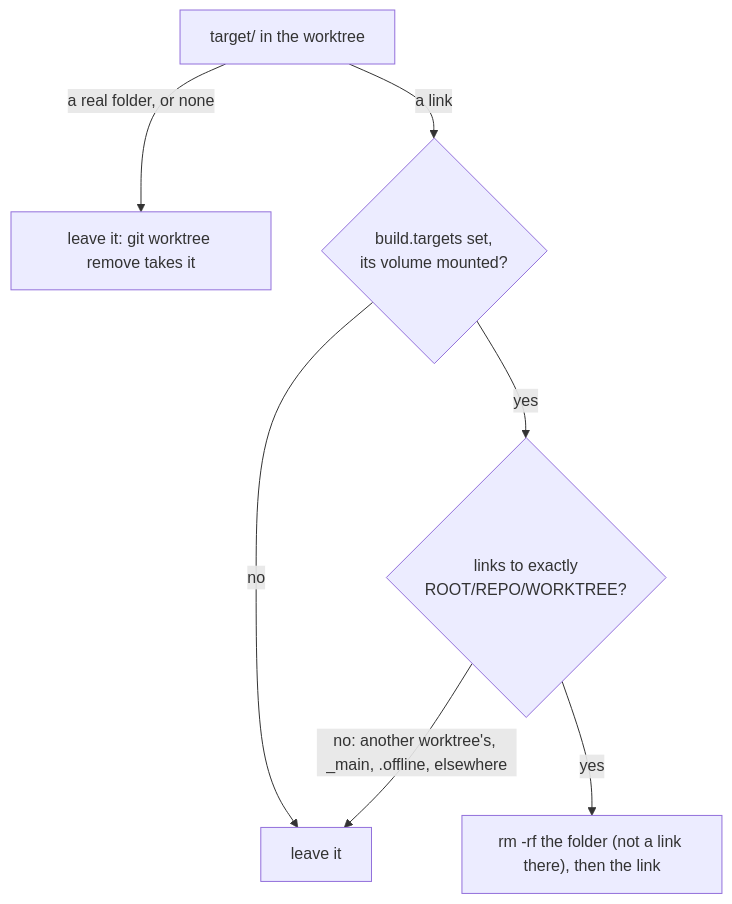
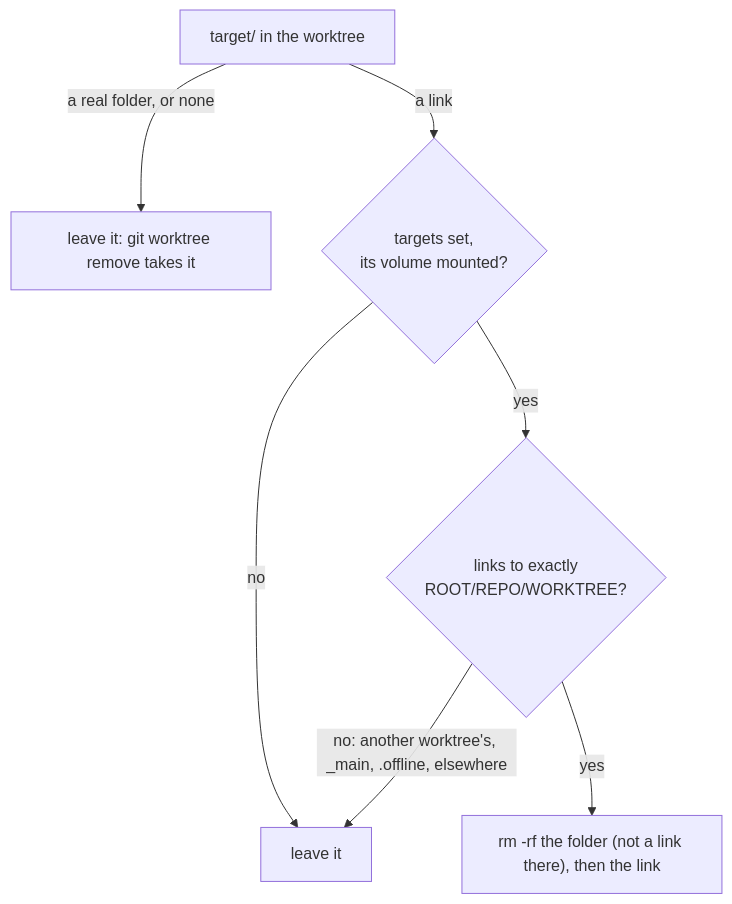
Before and after one commit to tampopogk/kanna: the second of 2 diagrams in docs/specs/build-targets.md, drawn with Mermaid. The commit also changed other lines of this file and 9 other files, not shown here.

````diff
--- a/docs/specs/build-targets.md
+++ b/docs/specs/build-targets.md
@@ -66,9 +66,9 @@
 ```mermaid
 flowchart TD
     A["target/ in the worktree"] -->|"a real folder, or none"| K["leave it: git worktree remove takes it"]
-    A -->|a link| B{"build.targets set,<br/>its volume mounted?"}
+    A -->|a link| B{"targets set,<br/>its volume mounted?"}
     B -->|no| K2["leave it"]
     B -->|yes| C{"links to exactly<br/>ROOT/REPO/WORKTREE?"}
     C -->|"no: another worktree's, _main, .offline, elsewhere"| K2
     C -->|yes| D["rm -rf the folder (not a link there), then the link"]
 ```
````
